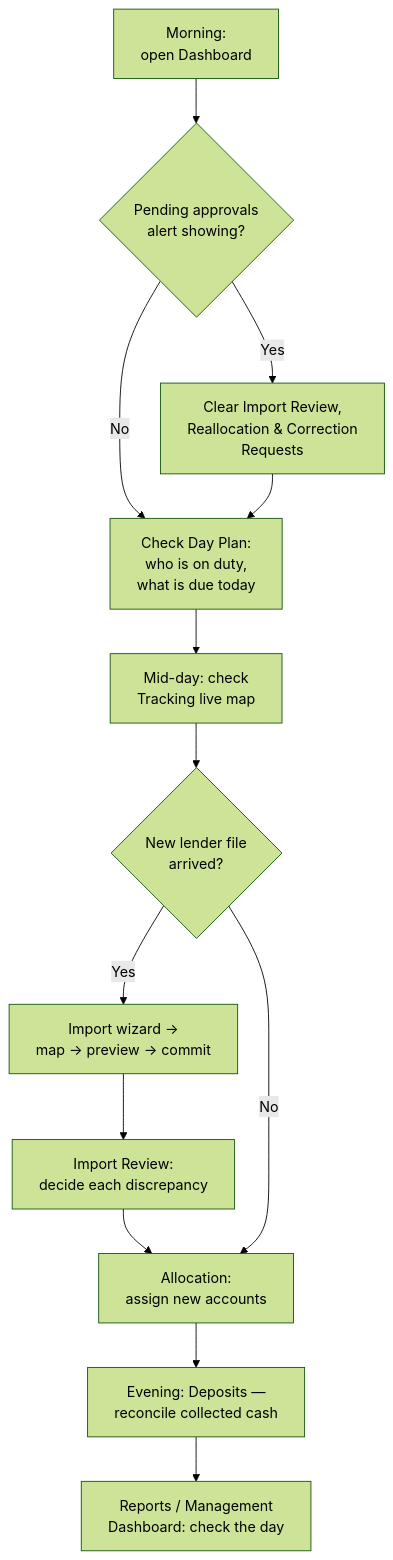
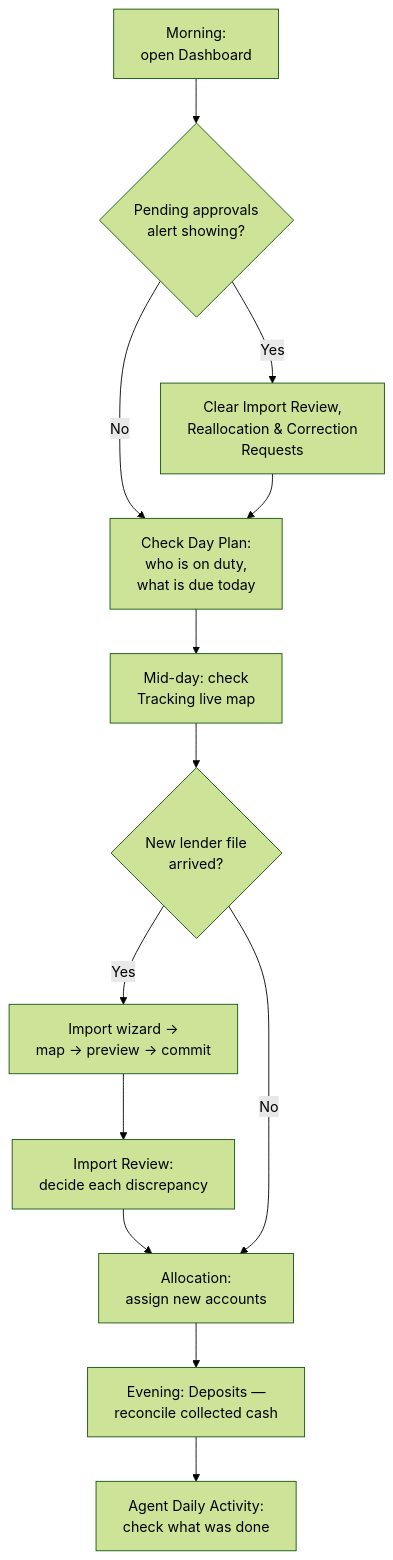
Before and after one commit to Rudrayani-Fintech/rudrayani-crm: the fifth of 15 diagrams in docs/USAGE_GUIDE_EN.md, drawn with Mermaid (forest theme). The commit also changed other lines of this file, not shown here.

First line of the commit message:
docs: Phase 9 -- Update USAGE_GUIDE_EN.md to document Agent Daily Activity

````diff
--- a/docs/USAGE_GUIDE_EN.md
+++ b/docs/USAGE_GUIDE_EN.md
@@ -390,15 +390,15 @@
 ```mermaid
 flowchart TD
     A["Morning:<br/>open Dashboard"] --> B{"Pending approvals<br/>alert showing?"}
     B -->|Yes| C["Clear Import Review,<br/>Reallocation & Correction<br/>Requests"]
     B -->|No| D["Check Day Plan:<br/>who is on duty,<br/>what is due today"]
     C --> D
     D --> E["Mid-day: check<br/>Tracking live map"]
     E --> F{"New lender file<br/>arrived?"}
     F -->|Yes| G["Import wizard →<br/>map → preview → commit"]
     G --> H["Import Review:<br/>decide each discrepancy"]
     H --> I["Allocation:<br/>assign new accounts"]
     F -->|No| I
     I --> J["Evening: Deposits —<br/>reconcile collected cash"]
-    J --> K["Reports / Management<br/>Dashboard: check the day"]
+    J --> K["Agent Daily Activity:<br/>check what was done"]
 ```
````
